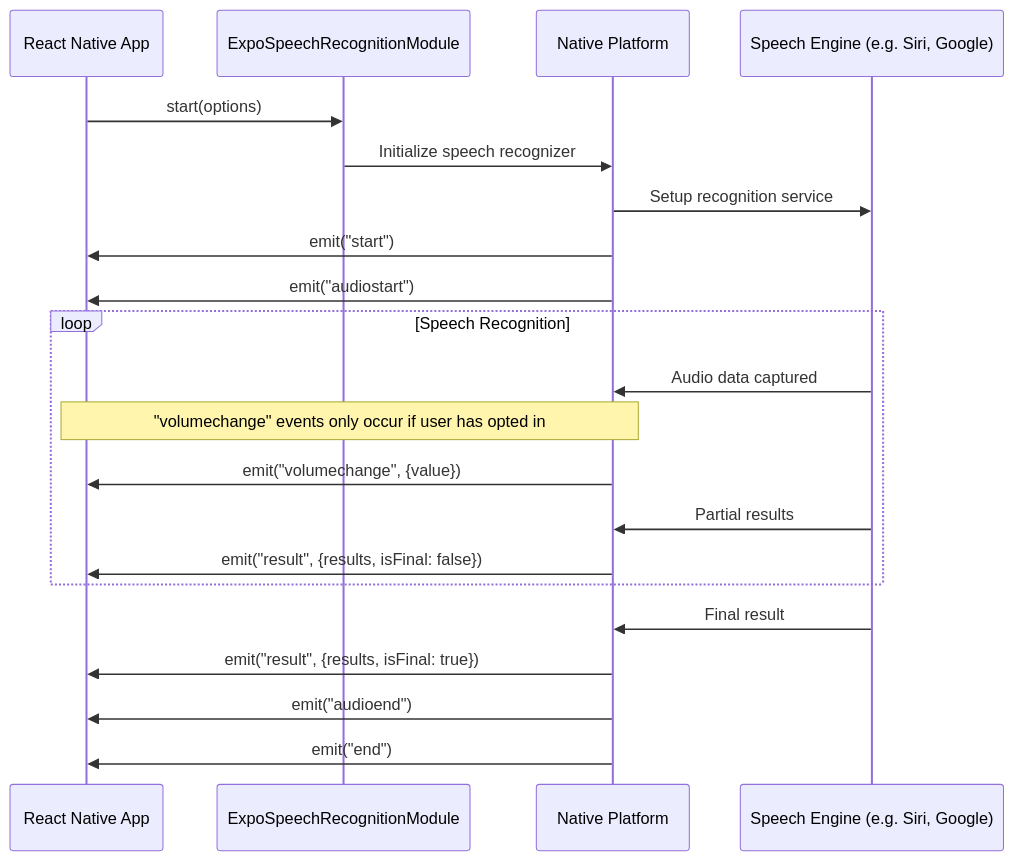
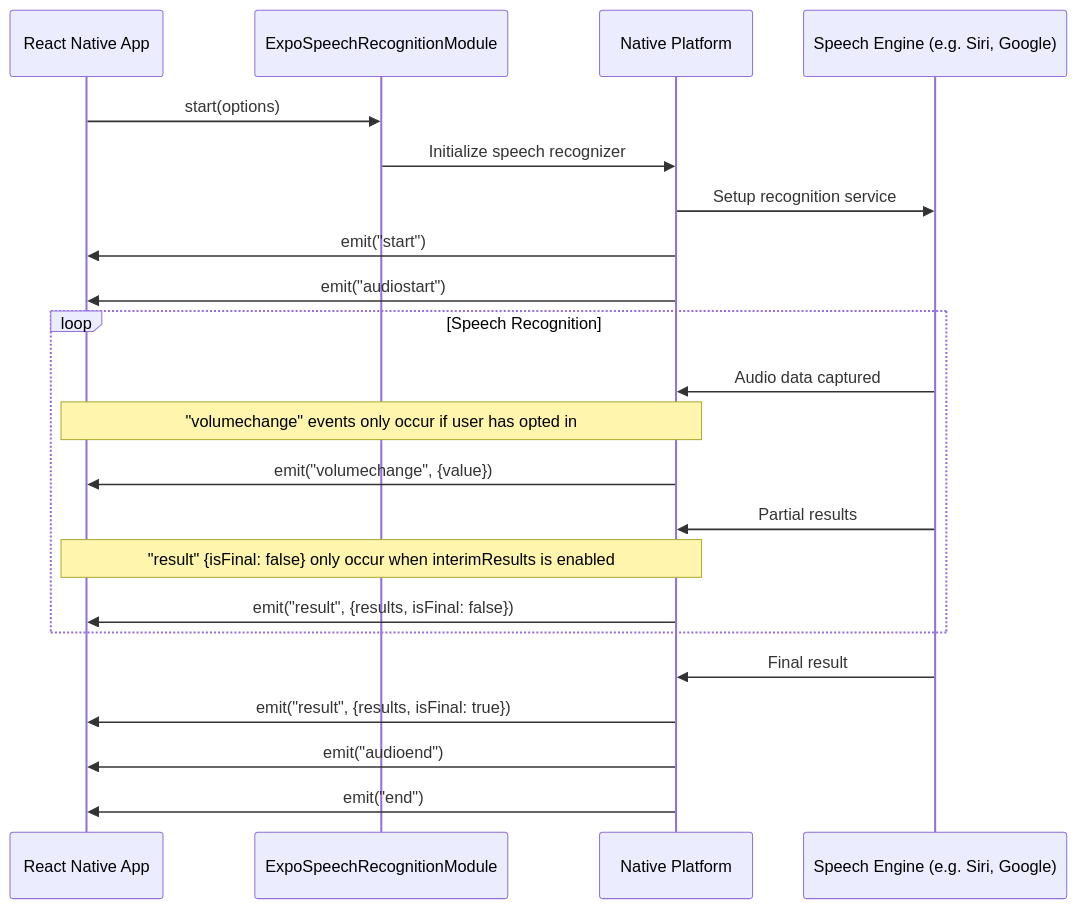
Before and after one commit to jamsch/expo-speech-recognition: the second of 3 diagrams in README.md, drawn with Mermaid. The commit also changed other lines of this file, not shown here.

Commit message:
chore(readme): add continuous recognition mermaid diagram

````diff
--- a/README.md
+++ b/README.md
@@ -1222,28 +1224,29 @@
 ```mermaid
 sequenceDiagram
     participant App as React Native App
     participant Module as ExpoSpeechRecognitionModule
     participant Native as Native Platform
     participant Engine as Speech Engine (e.g. Siri, Google)
 
     App->>Module: start(options)
     Module->>Native: Initialize speech recognizer
     Native->>Engine: Setup recognition service
 
     Native->>App: emit("start")
     Native->>App: emit("audiostart")
 
     loop Speech Recognition
         Engine->>Native: Audio data captured
 
         Note over App,Native: "volumechange" events only occur if user has opted in
         Native->>App: emit("volumechange", {value})
         Engine->>Native: Partial results
+        Note over App,Native: "result" {isFinal: false} only occur when interimResults is enabled
         Native->>App: emit("result", {results, isFinal: false})
     end
 
     Engine->>Native: Final result
     Native->>App: emit("result", {results, isFinal: true})
     Native->>App: emit("audioend")
     Native->>App: emit("end")
 ```
````
